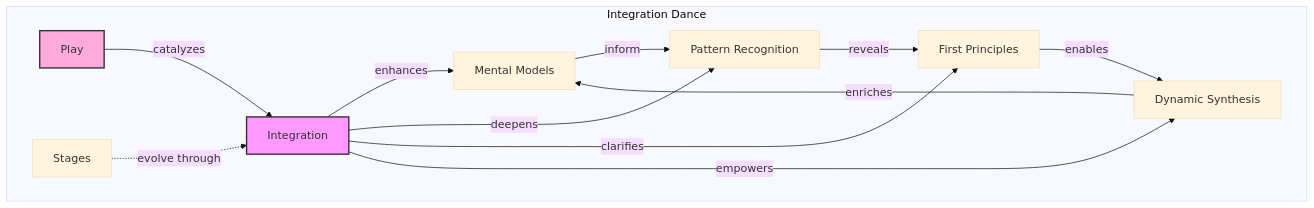
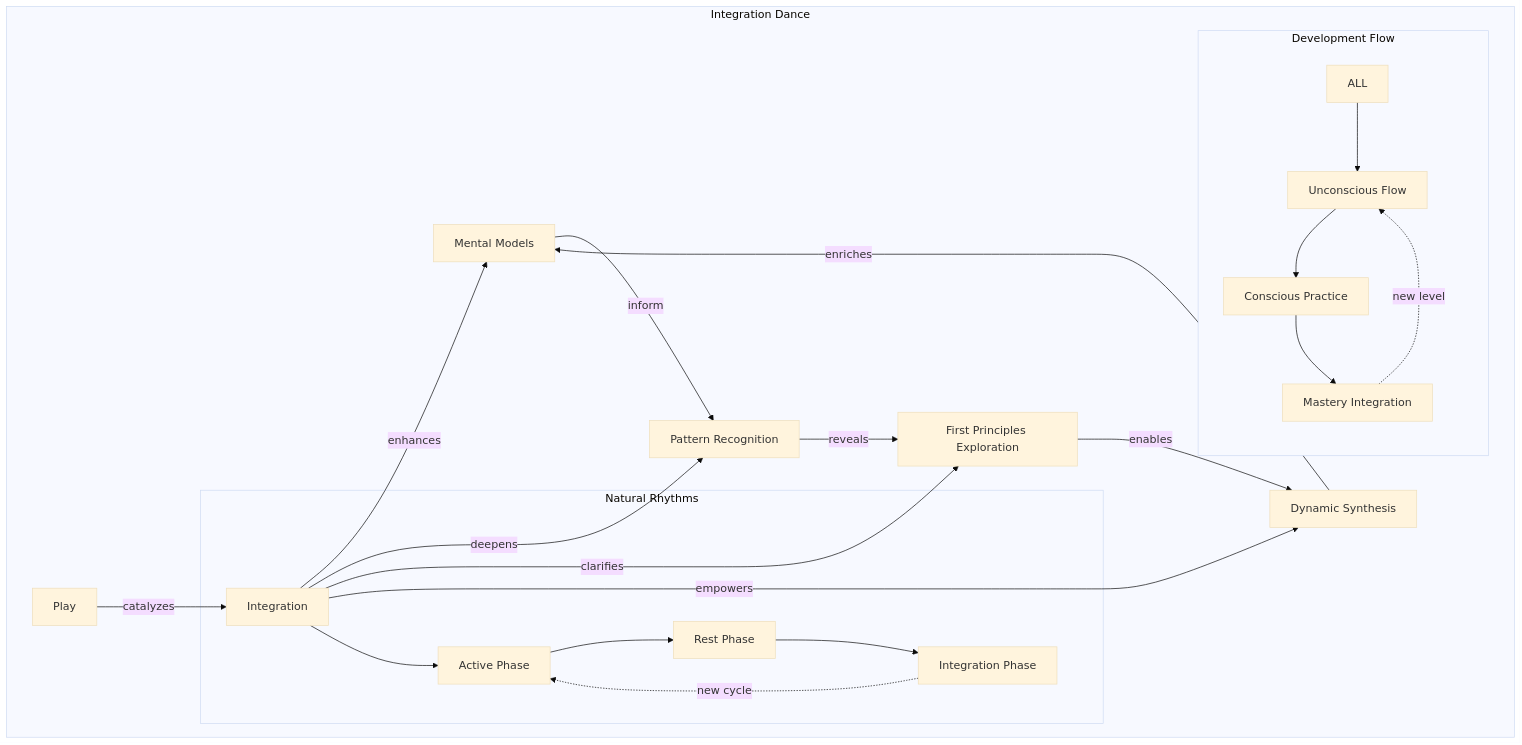
Diagram 18 of 53 in README.md (phillipclapham/neuroweaver), drawn with Mermaid (base theme) before and after one commit. The commit also changed other lines of this file, not shown here.

````diff
--- a/README.md
+++ b/README.md
@@ -1041,20 +1119,29 @@
 ```mermaid
 graph TD
     subgraph "Integration Dance"
         MM[Mental Models] -->|inform| PR[Pattern Recognition]
-        PR -->|reveals| FP[First Principles]
+        PR -->|reveals| FP[First Principles Exploration]
         FP -->|enables| DS[Dynamic Synthesis]
         DS -->|enriches| MM
 
         PL[Play] -->|catalyzes| INT[Integration]
         INT -->|enhances| MM
         INT -->|deepens| PR
         INT -->|clarifies| FP
         INT -->|empowers| DS
 
-        ST[Stages] -.->|evolve through| INT
+        subgraph "Natural Rhythms"
+            INT --> AP[Active Phase]
+            AP --> RP[Rest Phase]
+            RP --> IP[Integration Phase]
+            IP -.->|new cycle| AP
+        end
+
+        subgraph "Development Flow"
+            ALL --> U[Unconscious Flow]
+            U --> C[Conscious Practice]
+            C --> M[Mastery Integration]
+            M -.->|new level| U
+        end
     end
-
-    style INT fill:#f9f,stroke:#333,stroke-width:2px
-    style PL fill:#fad,stroke:#333,stroke-width:2px
 ```
````
